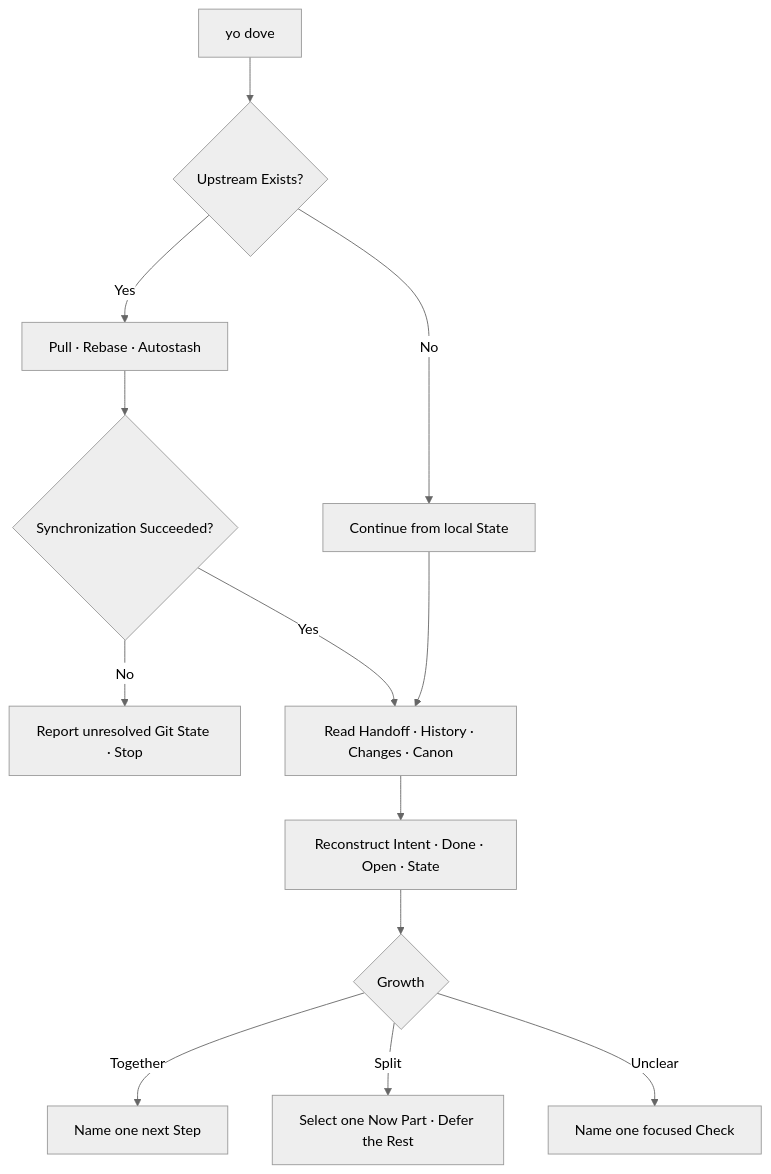
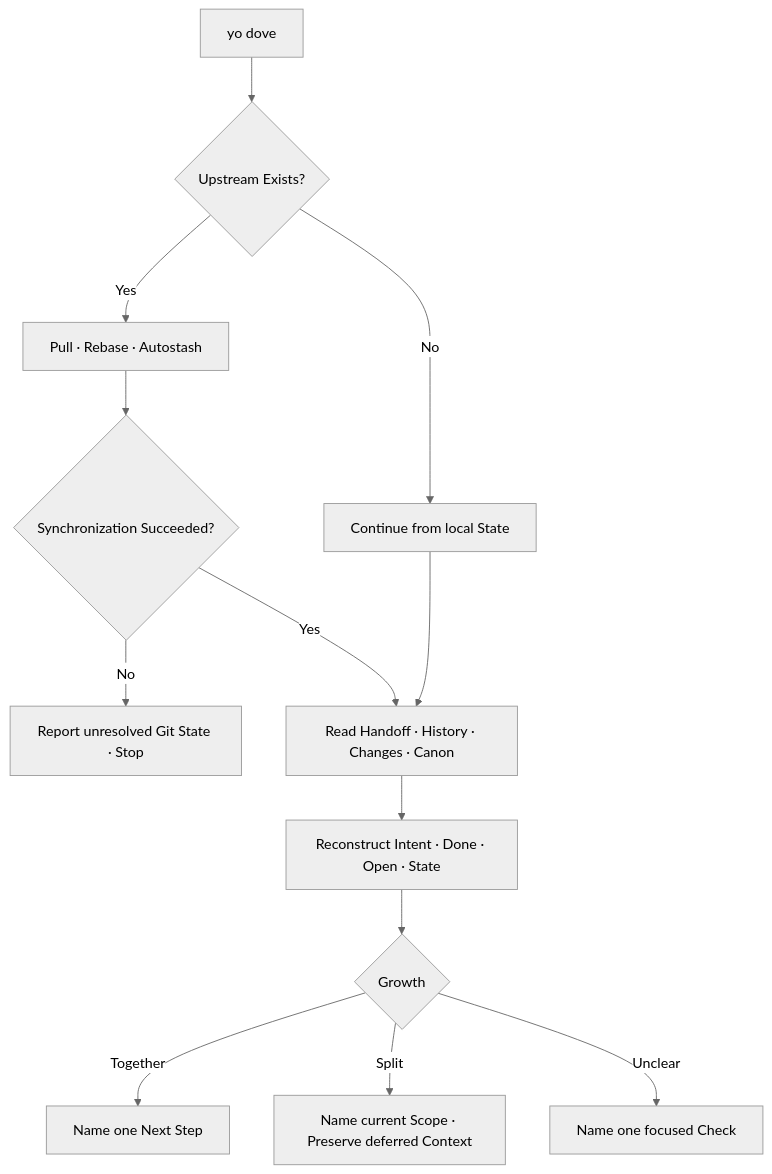
The diagram in .agents/skills/yo-yo-yo/SKILL.md (cangrejometralleta/OneTwoThree), drawn with Mermaid (neutral theme) before and after one commit. The commit also changed other lines of this file and 2 other files, not shown here.

````diff
--- a/.agents/skills/yo-yo-yo/SKILL.md
+++ b/.agents/skills/yo-yo-yo/SKILL.md
@@ -17,15 +17,15 @@
 ```mermaid
 flowchart TD
     START["yo dove"] --> UPSTREAM{"Upstream Exists?"}
     UPSTREAM -- Yes --> PULL["Pull · Rebase · Autostash"]
     UPSTREAM -- No --> LOCAL["Continue from local State"]
     PULL --> SYNC{"Synchronization Succeeded?"}
     SYNC -- No --> STOP["Report unresolved Git State · Stop"]
     SYNC -- Yes --> EVIDENCE["Read Handoff · History · Changes · Canon"]
     LOCAL --> EVIDENCE
     EVIDENCE --> RECONSTRUCT["Reconstruct Intent · Done · Open · State"]
     RECONSTRUCT --> GROWTH{"Growth"}
-    GROWTH -- Together --> NEXT["Name one next Step"]
-    GROWTH -- Split --> NOW["Select one Now Part · Defer the Rest"]
+    GROWTH -- Together --> NEXT["Name one Next Step"]
+    GROWTH -- Split --> NOW["Name current Scope · Preserve deferred Context"]
     GROWTH -- Unclear --> CHECK["Name one focused Check"]
 ```
````
